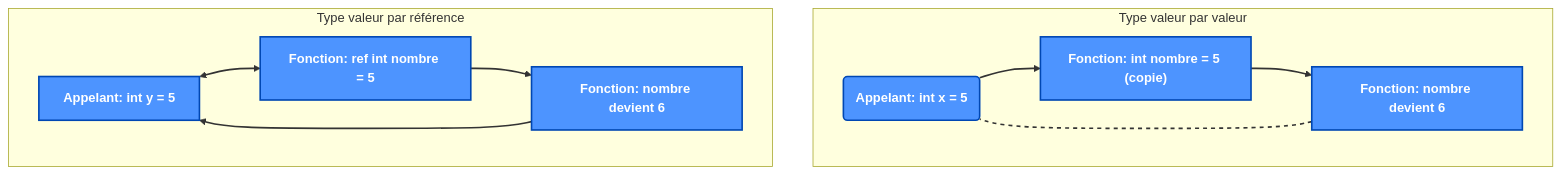
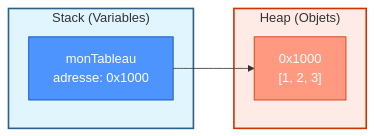
The second of 6 diagrams in docs/8-fonctions.md (fpluquet/csharp-intro-syllabus), drawn with Mermaid before and after one commit. The commit also changed other lines of this file and 1 other file, not shown here.

````diff
--- a/docs/8-fonctions.md
+++ b/docs/8-fonctions.md
@@ -156,31 +227,22 @@
 ```mermaid
-flowchart TD
-    %% Type valeur passé par valeur
-    subgraph tvv["Type valeur par valeur"]
-        A1("Appelant: int x = 5")
-        A2["Fonction: int nombre = 5 (copie)"]
-        A1 --> A2
-        A2 --> A3["Fonction: nombre devient 6"]
-        A3 -.- A1
+flowchart LR
+    subgraph Stack["Stack (Variables)"]
+        V1["monTableau<br/>adresse: 0x1000"]
     end
-
-    %% Type valeur passé par référence
-    subgraph tvr["Type valeur par référence"]
-        B1["Appelant: int y = 5"]
-        B2["Fonction: ref int nombre = 5"]
-        B1 <--> B2
-        B2 --> B3["Fonction: nombre devient 6"]
-        B3 --> B1
+    
+    subgraph Heap["Heap (Objets)"]
+        O1["0x1000<br/>[1, 2, 3]"]
     end
-
-    %% Styles pour meilleure lisibilité
-    classDef stack fill:#f0f0f0,stroke:#2B6087,stroke-width:1px
-    classDef section fill:#E1F5FE,stroke:#2B6087,stroke-width:1px
-    classDef variable fill:#4d94ff,stroke:#0047b3,stroke-width:2px,color:#fff,font-weight:bold
-
-    class A1,A2,A3,B1,B2,B3 variable
-
-    %% Style des flèches
-    linkStyle 0,1,3,4,5 stroke:#333333,stroke-width:2px
-    linkStyle 2 stroke:#333333,stroke-width:2px,stroke-dasharray: 5 5
+    
+    V1 --> O1
+    
+    classDef stack fill:#e1f5fe,stroke:#2B6087,stroke-width:2px
+    classDef heap fill:#ffebe6,stroke:#CC3300,stroke-width:2px
+    classDef var fill:#4d94ff,stroke:#0047b3,stroke-width:1px,color:#fff
+    classDef obj fill:#ff9980,stroke:#cc3300,stroke-width:1px,color:#fff
+    
+    class Stack stack
+    class Heap heap
+    class V1 var
+    class O1 obj
 ```
````
